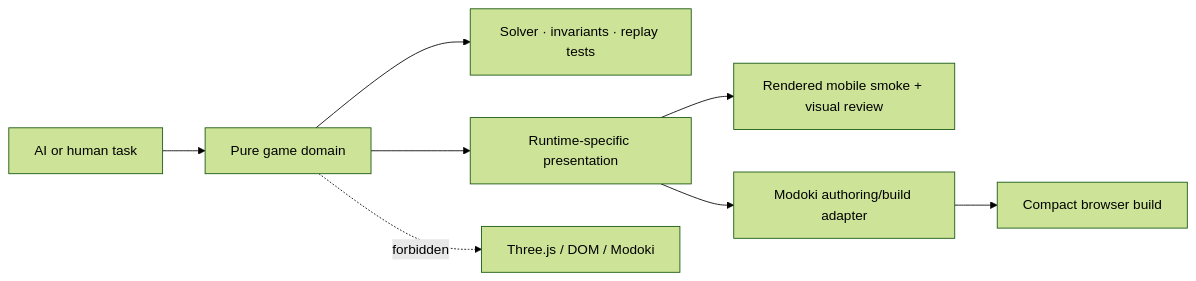
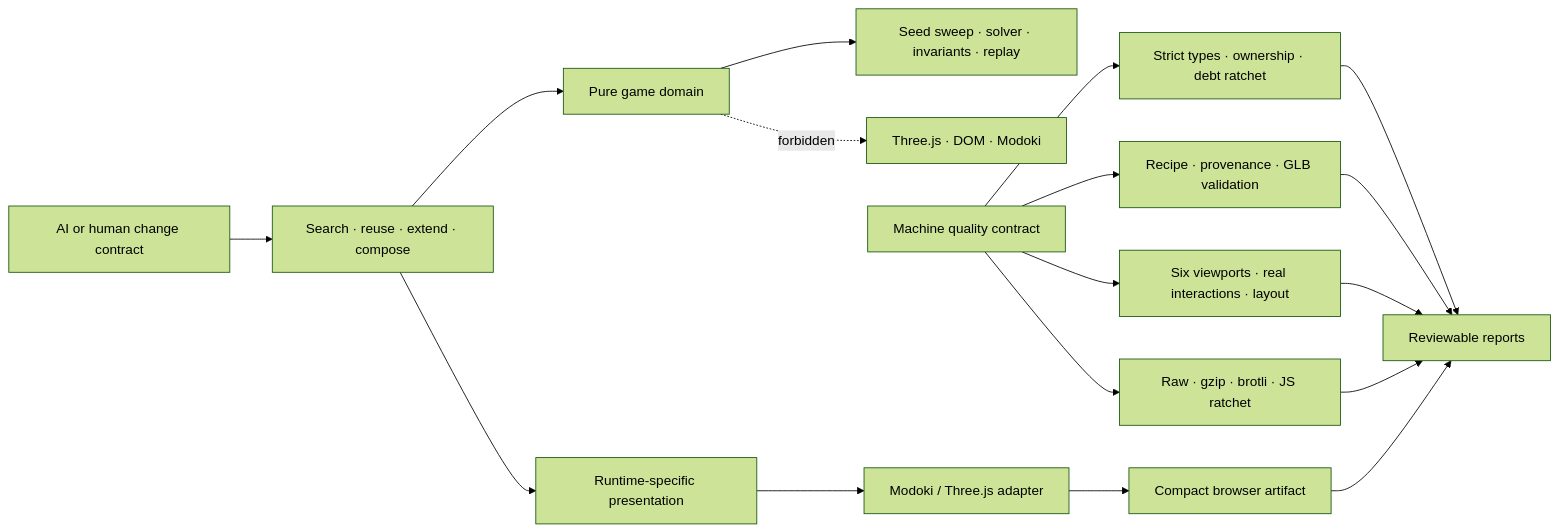
One commit to T-Damer/slop changed the diagram in architecture/target.mmd. Above: the diagram before and after it, drawn with Mermaid (forest theme). The commit also changed 18 other files, not shown here.

Commit message:
quality: enforce code, asset, build, and browser contracts

```diff
--- a/architecture/target.mmd
+++ b/architecture/target.mmd
@@ -1,9 +1,19 @@
 flowchart LR
-    Prompt[AI or human task] --> Domain[Pure game domain]
-    Domain --> Tests[Solver · invariants · replay tests]
-    Domain --> Presentation[Runtime-specific presentation]
-    Presentation --> Validation[Rendered mobile smoke + visual review]
-    Presentation --> Modoki[Modoki authoring/build adapter]
-    Modoki --> Pages[Compact browser build]
+    Task[AI or human change contract] --> Search[Search · reuse · extend · compose]
+    Search --> Domain[Pure game domain]
+    Search --> Presentation[Runtime-specific presentation]
+    Domain --> Tests[Seed sweep · solver · invariants · replay]
+    Presentation --> Runtime[Modoki / Three.js adapter]
+    Runtime --> Build[Compact browser artifact]
 
-    Domain -. forbidden .-> Three[Three.js / DOM / Modoki]
+    Quality[Machine quality contract] --> CodeGate[Strict types · ownership · debt ratchet]
+    Quality --> AssetGate[Recipe · provenance · GLB validation]
+    Quality --> UiGate[Six viewports · real interactions · layout]
+    Quality --> BudgetGate[Raw · gzip · brotli · JS ratchet]
+    CodeGate --> CI[Reviewable reports]
+    AssetGate --> CI
+    UiGate --> CI
+    BudgetGate --> CI
+    Build --> CI
+
+    Domain -. forbidden .-> Three[Three.js · DOM · Modoki]
```
